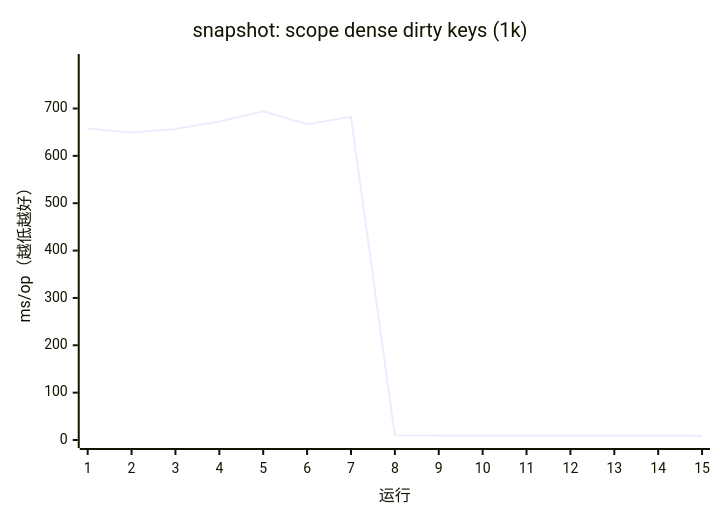
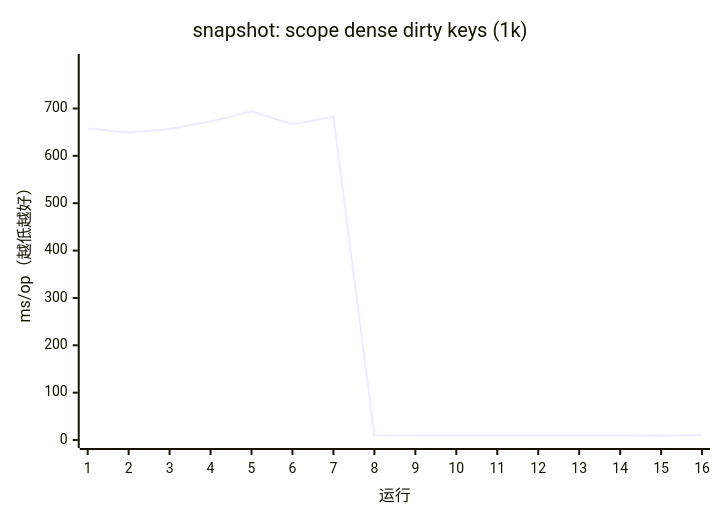
Before and after one commit to AIluffy/io: the third of 17 diagrams in apps/docs/src/content/docs/guides/benchmark.mdx, drawn with Mermaid. The commit also changed other lines of this file and 25 other files, not shown here.

````diff
--- a/apps/docs/src/content/docs/guides/benchmark.mdx
+++ b/apps/docs/src/content/docs/guides/benchmark.mdx
@@ -223,7 +206,7 @@
 ```mermaid
 xychart-beta
   title "snapshot: scope dense dirty keys (1k)"
-  x-axis "运行" [1, 2, 3, 4, 5, 6, 7, 8, 9, 10, 11, 12, 13, 14, 15]
+  x-axis "运行" [1, 2, 3, 4, 5, 6, 7, 8, 9, 10, 11, 12, 13, 14, 15, 16]
   y-axis "ms/op（越低越好）" 0 --> 798.196
-  line [657.7338, 649.4971, 656.8009, 672.4747, 694.0835, 666.831, 682.4672, 10.0629, 9.4418, 9.3377, 9.5797, 9.7117, 9.6769, 9.6675, 9.1825]
+  line [657.7338, 649.4971, 656.8009, 672.4747, 694.0835, 666.831, 682.4672, 10.0629, 9.4418, 9.3377, 9.5797, 9.7117, 9.6769, 9.6675, 9.1825, 10.6378]
 ```
````
